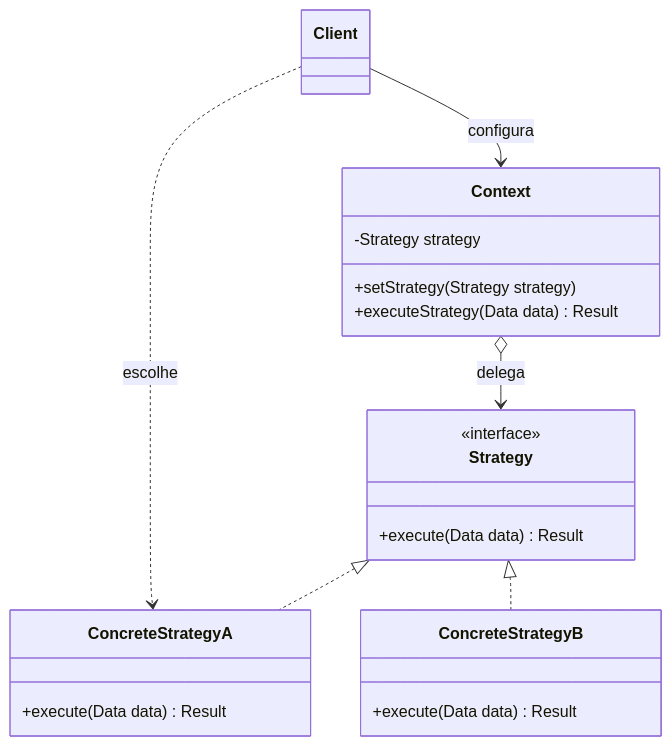
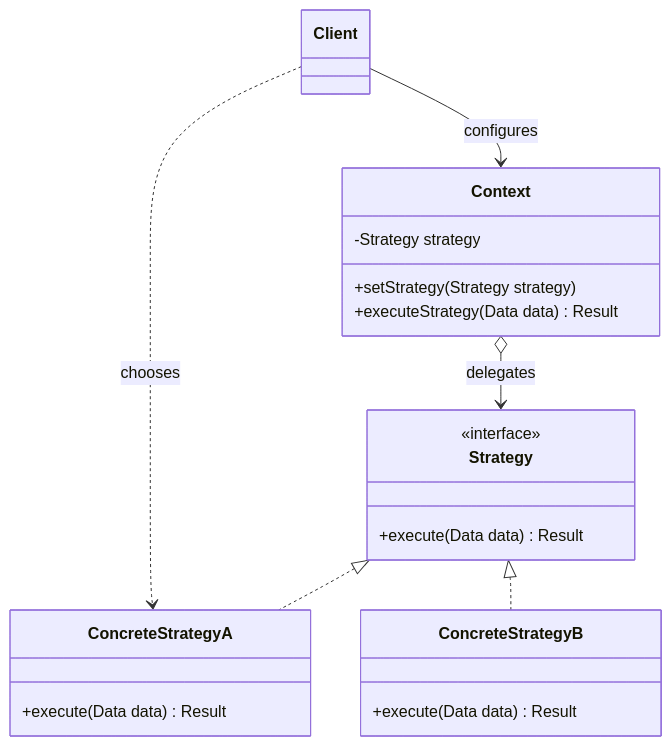
One commit to alancesar/design-patterns changed the diagram in docs/coding/gof/behavioral/strategy.md. Above: the diagram before and after it, drawn with Mermaid. The commit also changed 258 other files, not shown here.

First line of the commit message:
Translate Mermaid diagrams to English

````diff
--- a/docs/coding/gof/behavioral/strategy.md
+++ b/docs/coding/gof/behavioral/strategy.md
@@ -60,24 +60,24 @@
 ```mermaid
 classDiagram
     class Client
     class Context {
         -Strategy strategy
         +setStrategy(Strategy strategy)
         +executeStrategy(Data data) Result
     }
     class Strategy {
         <<interface>>
         +execute(Data data) Result
     }
     class ConcreteStrategyA {
         +execute(Data data) Result
     }
     class ConcreteStrategyB {
         +execute(Data data) Result
     }
-    Client --> Context : configura
-    Client ..> ConcreteStrategyA : escolhe
-    Context o--> Strategy : delega
+    Client --> Context : configures
+    Client ..> ConcreteStrategyA : chooses
+    Context o--> Strategy : delegates
     Strategy <|.. ConcreteStrategyA
     Strategy <|.. ConcreteStrategyB
 ```
````
